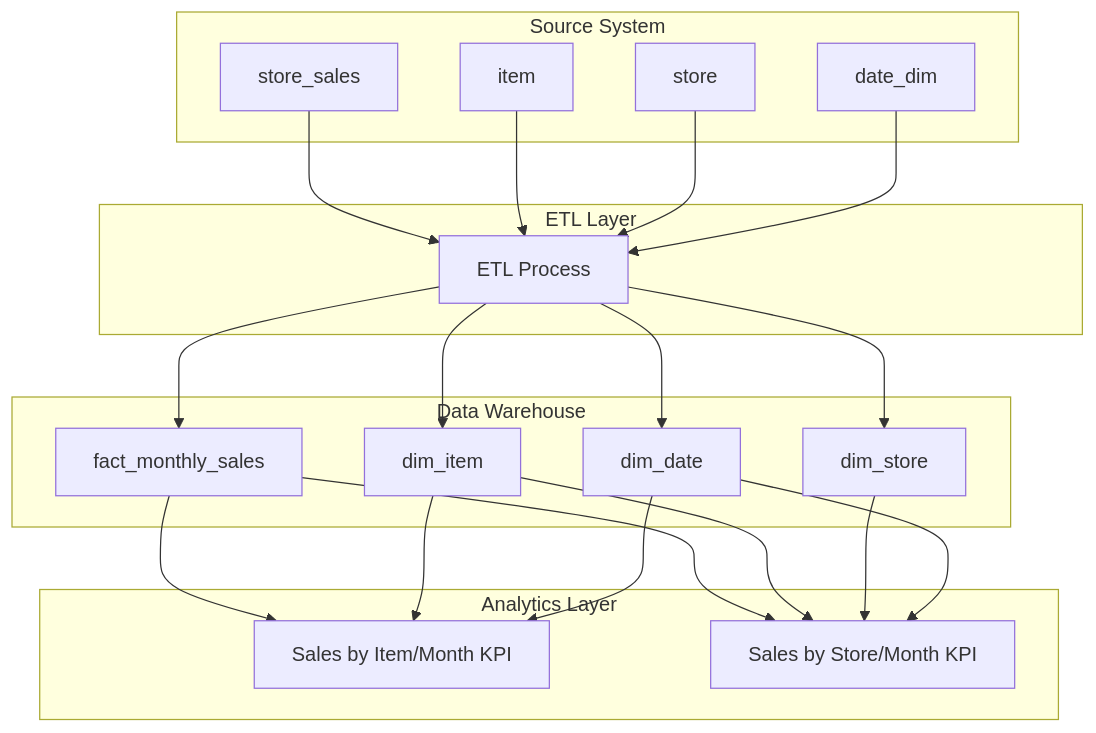
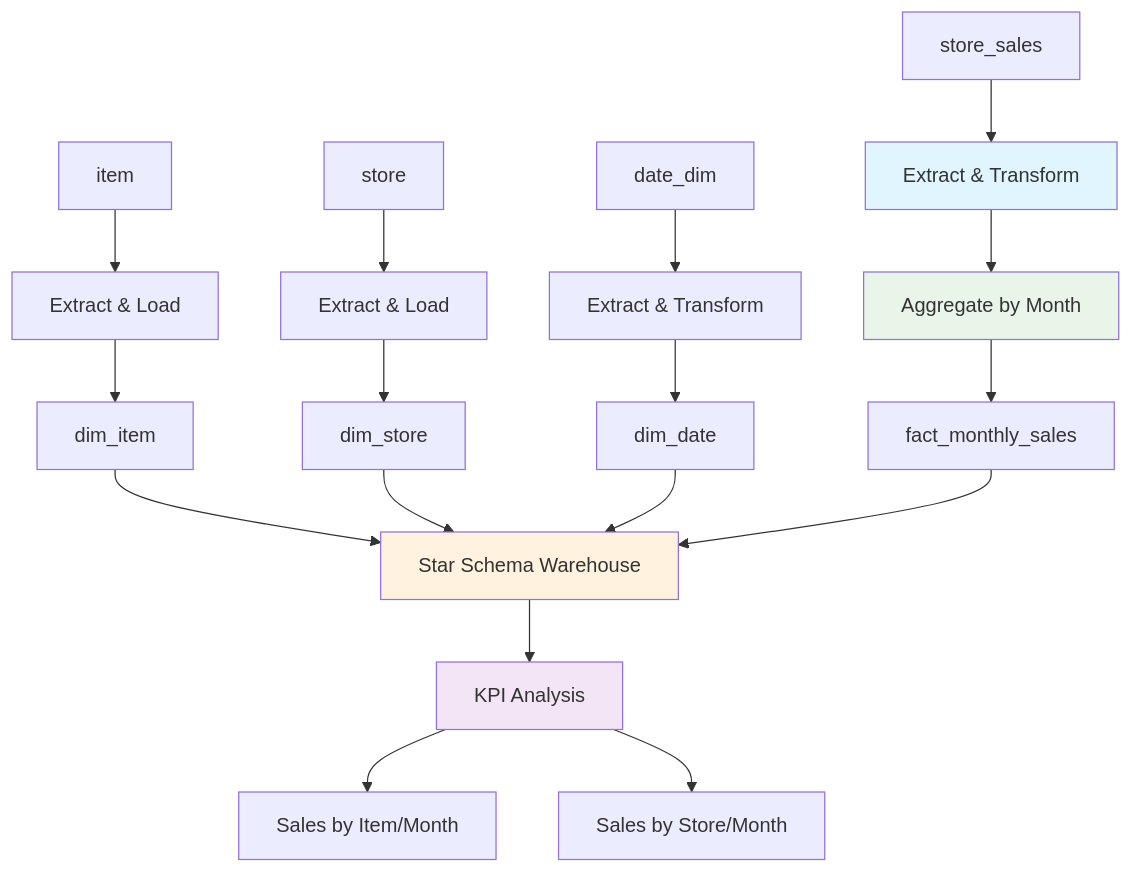
The second of 3 diagrams in agentic-code/monthly_sales_star_schema/README.md (mrmaheshdattamishra-crypto/etl-scripts), drawn with Mermaid before and after one commit. The commit also changed other lines of this file, not shown here.

First line of the commit message:
Add ETL design document for monthly sales star schema

````diff
--- a/agentic-code/monthly_sales_star_schema/README.md
+++ b/agentic-code/monthly_sales_star_schema/README.md
@@ -131,43 +126,28 @@
 ```mermaid
 flowchart TD
-    A[store_sales] --> E[ETL Process]
-    B[item] --> E
-    C[store] --> E
-    D[date_dim] --> E
+    A[store_sales] --> E[Extract & Transform]
+    B[item] --> F[Extract & Load]
+    C[store] --> G[Extract & Load]
+    D[date_dim] --> H[Extract & Transform]
     
-    E --> F[fact_monthly_sales]
-    E --> G[dim_item]
-    E --> H[dim_store]
-    E --> I[dim_date]
+    E --> I[Aggregate by Month]
+    F --> J[dim_item]
+    G --> K[dim_store]
+    H --> L[dim_date]
     
-    F --> J[Sales by Item/Month KPI]
-    F --> K[Sales by Store/Month KPI]
-    G --> J
-    G --> K
-    H --> K
-    I --> J
-    I --> K
+    I --> M[fact_monthly_sales]
     
-    subgraph "Source System"
-        A
-        B
-        C
-        D
-    end
+    J --> N[Star Schema Warehouse]
+    K --> N
+    L --> N
+    M --> N
     
-    subgraph "ETL Layer"
-        E
-    end
+    N --> O[KPI Analysis]
+    O --> P[Sales by Item/Month]
+    O --> Q[Sales by Store/Month]
     
-    subgraph "Data Warehouse"
-        F
-        G
-        H
-        I
-    end
-    
-    subgraph "Analytics Layer"
-        J
-        K
-    end
+    style E fill:#e1f5fe
+    style I fill:#e8f5e8
+    style N fill:#fff3e0
+    style O fill:#f3e5f5
 ```
````
